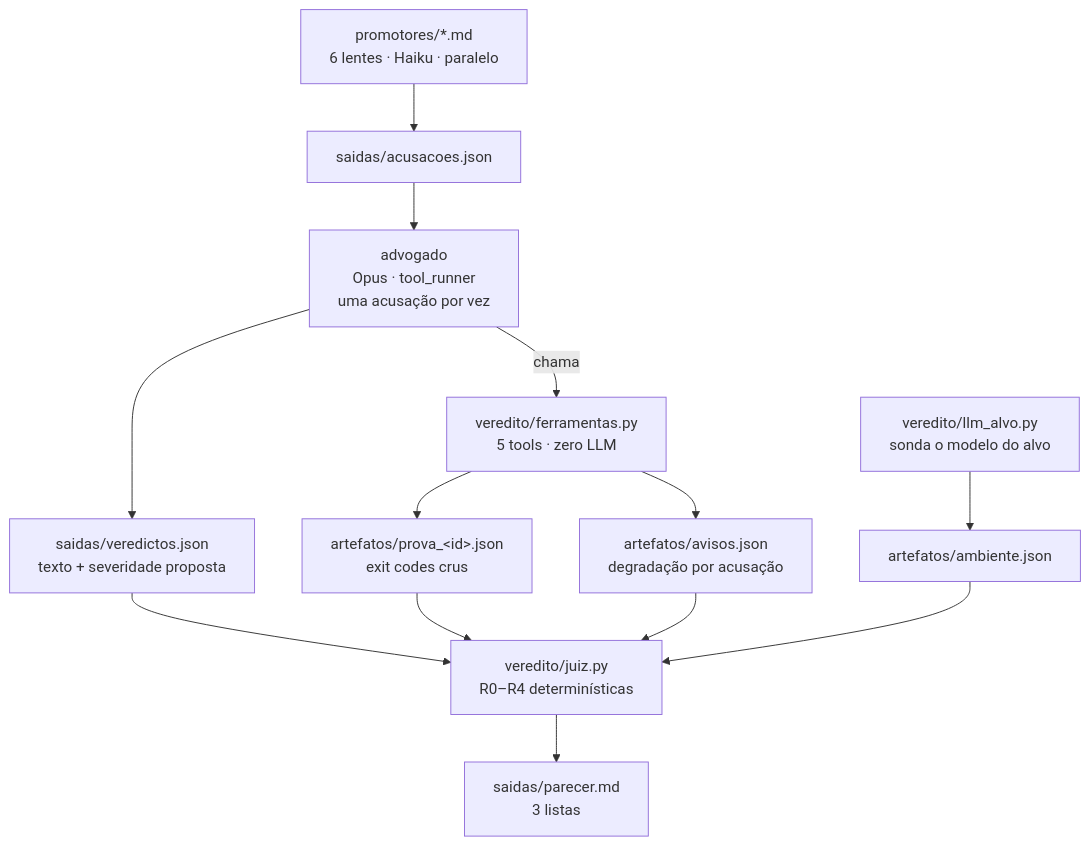
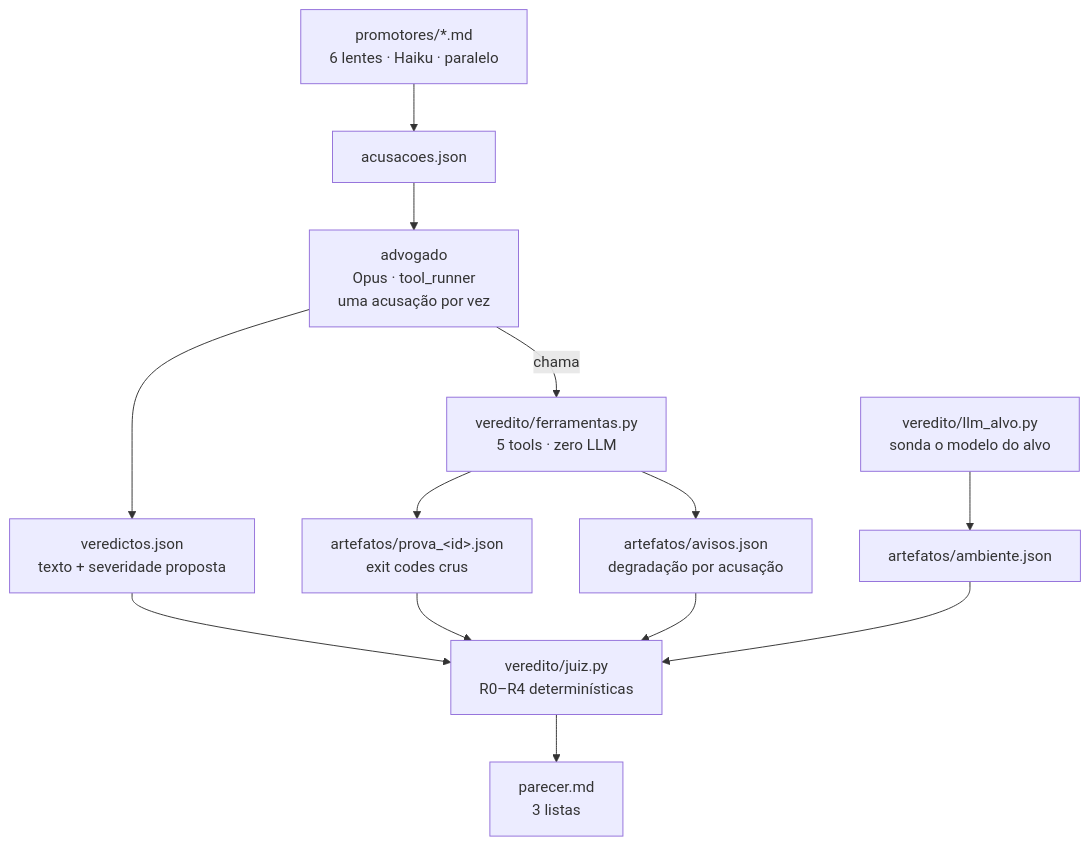
Before and after one commit to marianocho/hack2l: the diagram in README.md, drawn with Mermaid. The commit also changed other lines of this file and 9 other files, not shown here.

````diff
--- a/README.md
+++ b/README.md
@@ -77,18 +77,18 @@
 ```mermaid
 flowchart TD
-    P["promotores/*.md<br/>6 lentes · Haiku · paralelo"] --> AC["saidas/acusacoes.json"]
+    P["promotores/*.md<br/>6 lentes · Haiku · paralelo"] --> AC["acusacoes.json"]
     AC --> ADV["advogado<br/>Opus · tool_runner<br/>uma acusação por vez"]
 
     ADV -->|"chama"| FER["veredito/ferramentas.py<br/>5 tools · zero LLM"]
     FER --> ART["artefatos/prova_&lt;id&gt;.json<br/>exit codes crus"]
     FER --> AVI["artefatos/avisos.json<br/>degradação por acusação"]
     LLM["veredito/llm_alvo.py<br/>sonda o modelo do alvo"] --> AMB["artefatos/ambiente.json"]
 
-    ADV --> VER["saidas/veredictos.json<br/>texto + severidade proposta"]
+    ADV --> VER["veredictos.json<br/>texto + severidade proposta"]
 
     VER --> J["veredito/juiz.py<br/>R0–R4 determinísticas"]
     ART --> J
     AVI --> J
     AMB --> J
-    J --> PAR["saidas/parecer.md<br/>3 listas"]
+    J --> PAR["parecer.md<br/>3 listas"]
 ```
````
